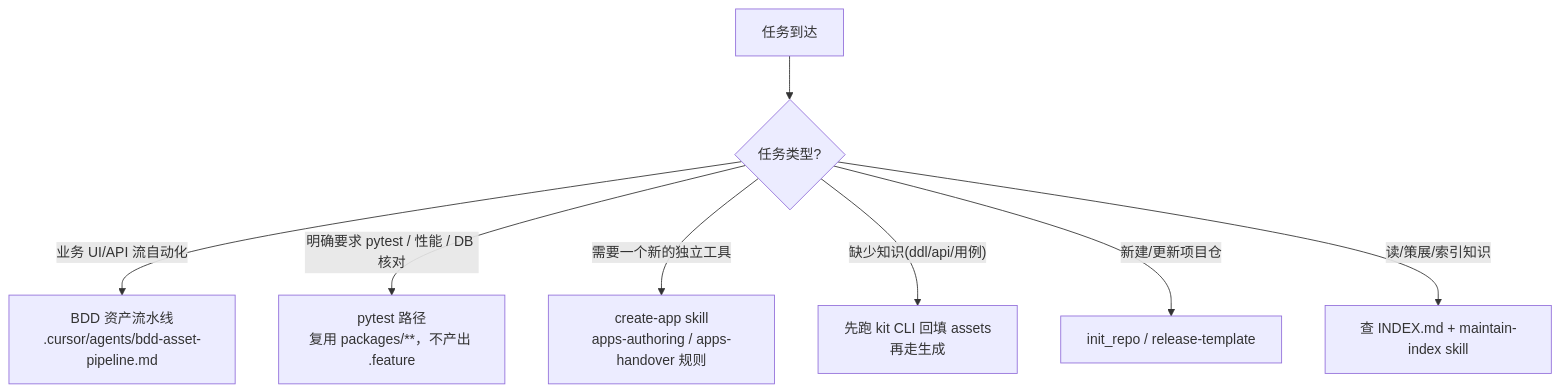
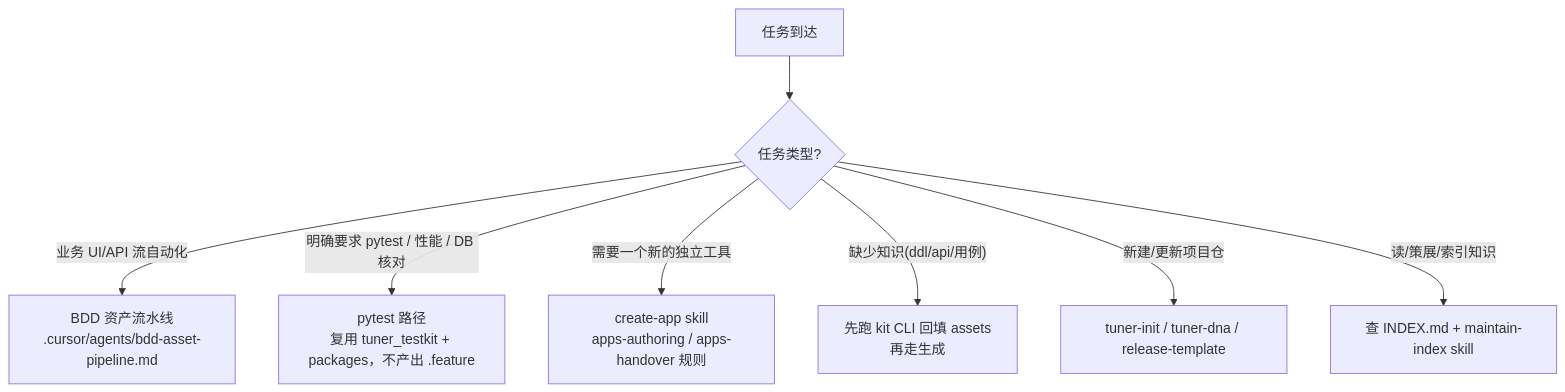
One commit to chenjianpeng97/Repo-as-a-TestPlatform changed the diagram in AGENTS.md. Above: the diagram before and after it, drawn with Mermaid. The commit also changed other lines of this file and 20 other files, not shown here.

First line of the commit message:
docs(rules,skills,agents,docs,index,init_repo): align DNA wording to tuner-testkit layout

````diff
--- a/AGENTS.md
+++ b/AGENTS.md
@@ -40,10 +40,10 @@
 ```mermaid
 flowchart TD
   Start[任务到达] --> Q{任务类型?}
   Q -->|"业务 UI/API 流自动化"| BDD["BDD 资产流水线\n.cursor/agents/bdd-asset-pipeline.md"]
-  Q -->|"明确要求 pytest / 性能 / DB 核对"| Pytest["pytest 路径\n复用 packages/**，不产出 .feature"]
+  Q -->|"明确要求 pytest / 性能 / DB 核对"| Pytest["pytest 路径\n复用 tuner_testkit + packages，不产出 .feature"]
   Q -->|"需要一个新的独立工具"| App["create-app skill\napps-authoring / apps-handover 规则"]
   Q -->|"缺少知识(ddl/api/用例)"| Know["先跑 kit CLI 回填 assets\n再走生成"]
-  Q -->|"新建/更新项目仓"| Init["init_repo / release-template"]
+  Q -->|"新建/更新项目仓"| Init["tuner-init / tuner-dna / release-template"]
   Q -->|"读/策展/索引知识"| Idx["查 INDEX.md + maintain-index skill"]
 ```
````
